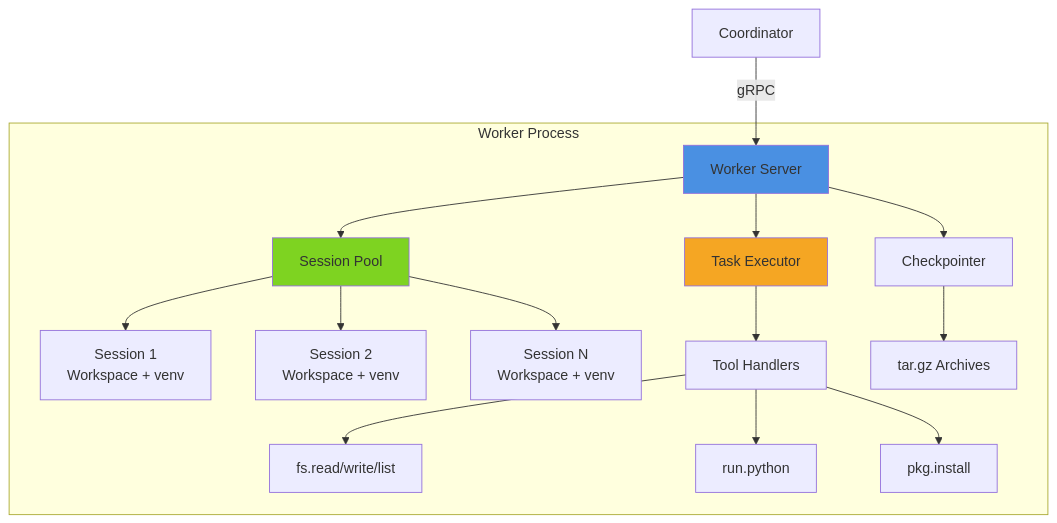
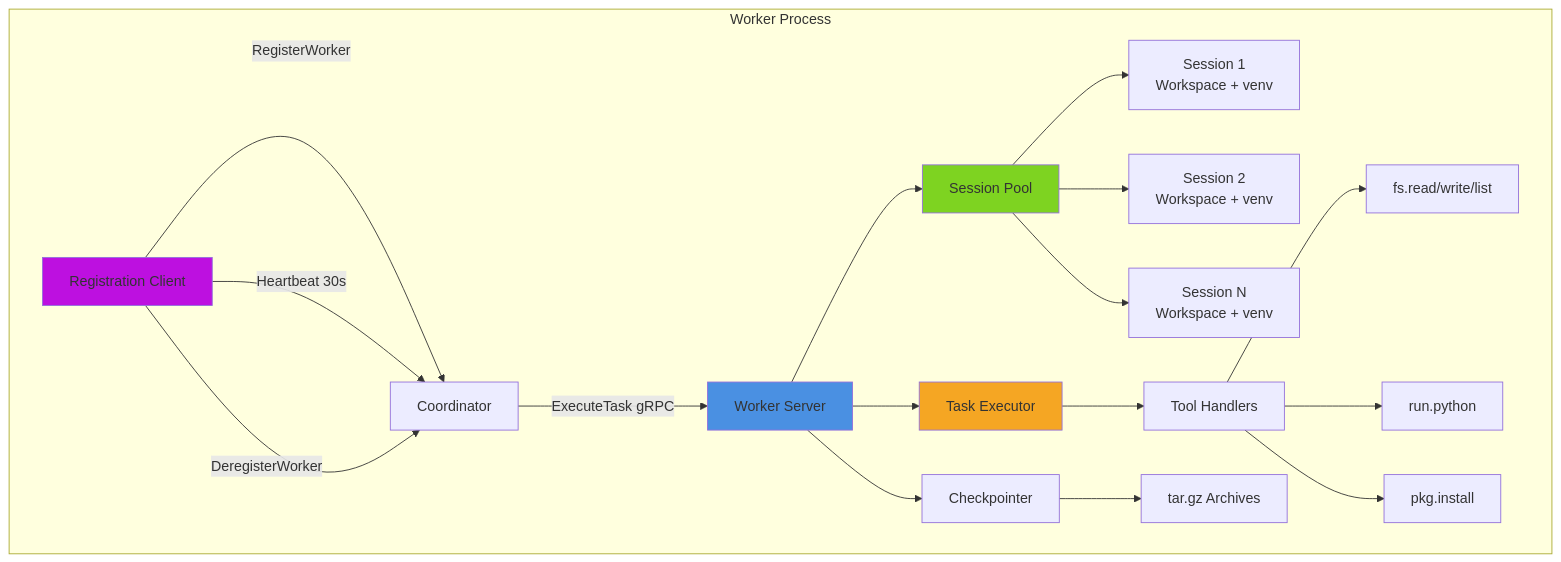
Before and after one commit to AltairaLabs/CodeGen-MCP: the diagram in docs/worker/index.md, drawn with Mermaid. The commit also changed other lines of this file and 14 other files, not shown here.

First line of the commit message:
feat(worker): enhance worker registration and task execution

````diff
--- a/docs/worker/index.md
+++ b/docs/worker/index.md
@@ -83,25 +91,30 @@
 ```mermaid
 graph TB
-    COORD[Coordinator] -->|gRPC| WORKER[Worker Server]
+    COORD[Coordinator] -->|ExecuteTask gRPC| WORKER[Worker Server]
     
     subgraph "Worker Process"
+        REG_CLIENT[Registration Client] -->|RegisterWorker| COORD
+        REG_CLIENT -->|Heartbeat 30s| COORD
+        REG_CLIENT -->|DeregisterWorker| COORD
+        
         WORKER --> SESSION_POOL[Session Pool]
         WORKER --> TASK_EXEC[Task Executor]
         WORKER --> CHECKPOINT[Checkpointer]
         
         SESSION_POOL --> S1[Session 1<br/>Workspace + venv]
         SESSION_POOL --> S2[Session 2<br/>Workspace + venv]
         SESSION_POOL --> SN[Session N<br/>Workspace + venv]
         
         TASK_EXEC --> TOOLS[Tool Handlers]
         TOOLS --> FS[fs.read/write/list]
         TOOLS --> PY[run.python]
         TOOLS --> PKG[pkg.install]
         
         CHECKPOINT --> ARCHIVE[tar.gz Archives]
     end
     
     style WORKER fill:#4A90E2
     style SESSION_POOL fill:#7ED321
     style TASK_EXEC fill:#F5A623
+    style REG_CLIENT fill:#BD10E0
 ```
````
